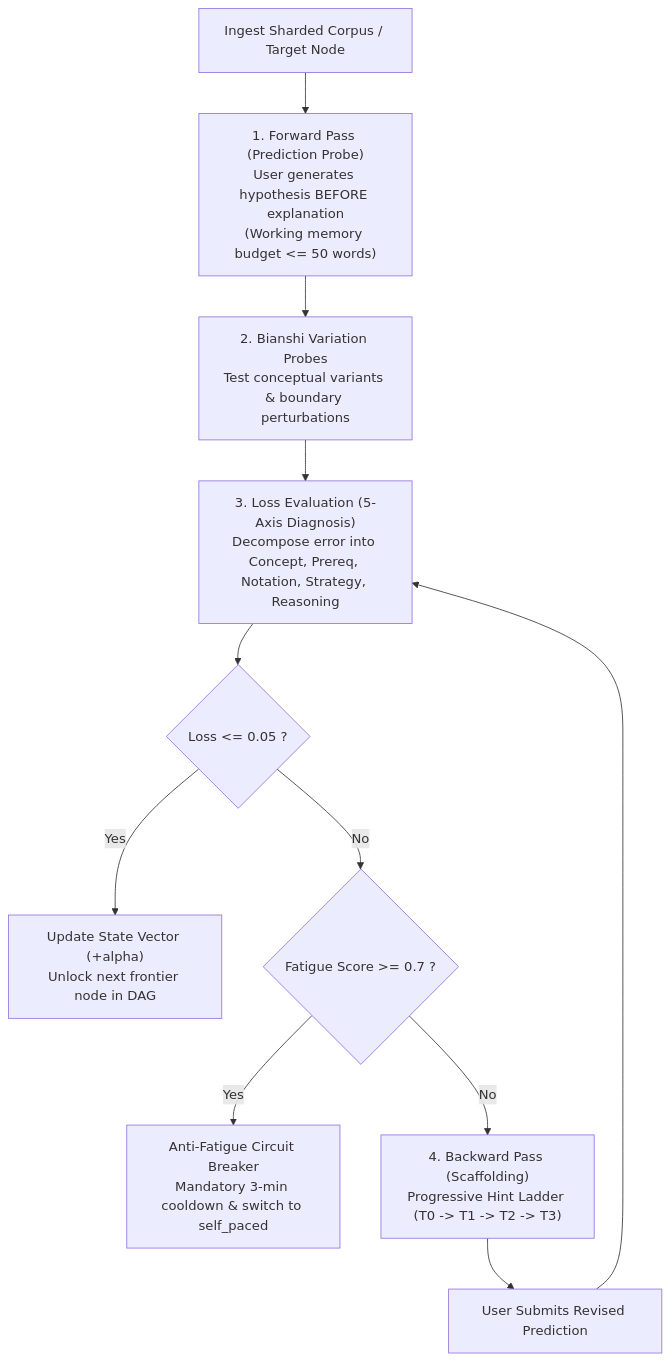
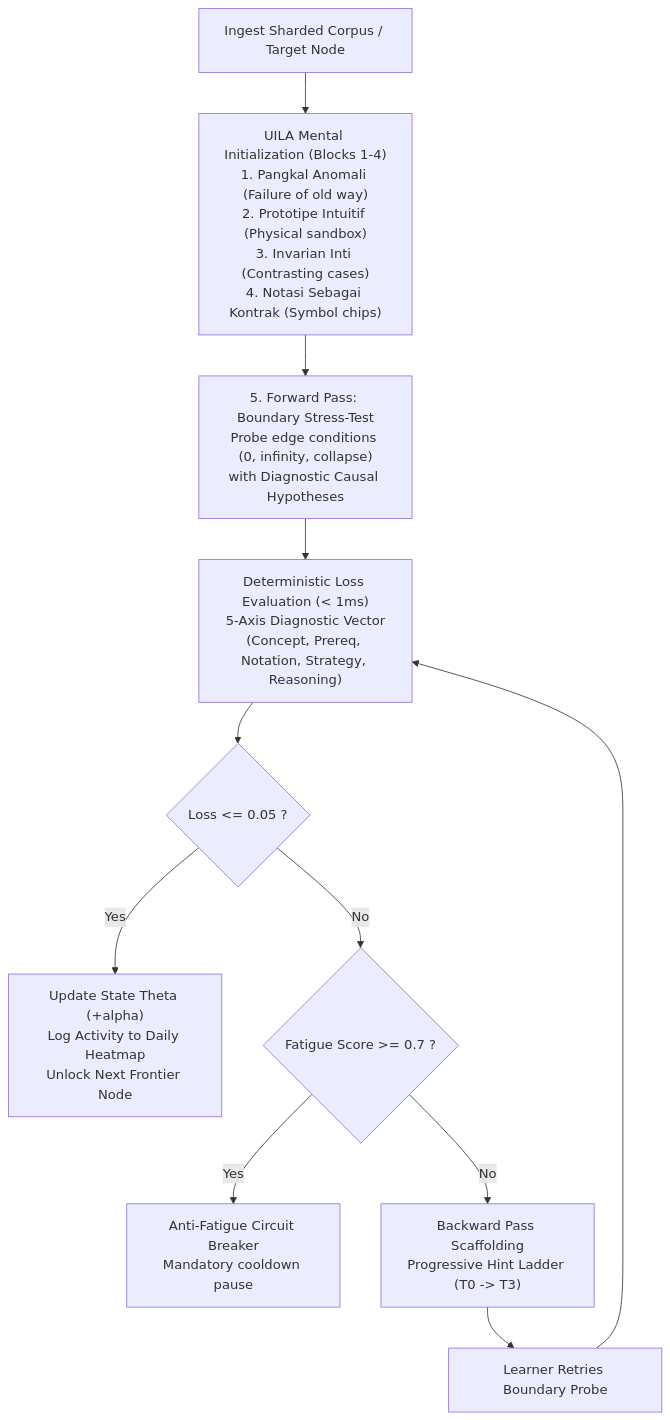
One commit to ihkaru/human-gradient-descent changed the diagram in SKILL.md. Above: the diagram before and after it, drawn with Mermaid. The commit also changed other lines of this file, not shown here.

Commit message:
docs(skill): enforce UILA grounding doctrine and author diagnostic checklist in SKILL.md

````diff
--- a/SKILL.md
+++ b/SKILL.md
@@ -23,13 +23,13 @@
 ```mermaid
 flowchart TD
-    Start["Ingest Sharded Corpus / Target Node"] --> FP["1. Forward Pass (Prediction Probe)\nUser generates hypothesis BEFORE explanation\n(Working memory budget <= 50 words)"]
-    FP --> BV["2. Bianshi Variation Probes\nTest conceptual variants & boundary perturbations"]
-    BV --> Eval["3. Loss Evaluation (5-Axis Diagnosis)\nDecompose error into Concept, Prereq, Notation, Strategy, Reasoning"]
+    Start["Ingest Sharded Corpus / Target Node"] --> UILA["UILA Mental Initialization (Blocks 1-4)\n1. Pangkal Anomali (Failure of old way)\n2. Prototipe Intuitif (Physical sandbox)\n3. Invarian Inti (Contrasting cases)\n4. Notasi Sebagai Kontrak (Symbol chips)"]
+    UILA --> FP["5. Forward Pass: Boundary Stress-Test\nProbe edge conditions (0, infinity, collapse)\nwith Diagnostic Causal Hypotheses"]
+    FP --> Eval["Deterministic Loss Evaluation (< 1ms)\n5-Axis Diagnostic Vector\n(Concept, Prereq, Notation, Strategy, Reasoning)"]
     Eval --> Check{"Loss <= 0.05 ?"}
-    Check -- Yes --> Update["Update State Vector (+alpha)\nUnlock next frontier node in DAG"]
+    Check -- Yes --> Update["Update State Theta (+alpha)\nLog Activity to Daily Heatmap\nUnlock Next Frontier Node"]
     Check -- No --> Safety{"Fatigue Score >= 0.7 ?"}
-    Safety -- Yes --> Cooldown["Anti-Fatigue Circuit Breaker\nMandatory 3-min cooldown & switch to self_paced"]
-    Safety -- No --> BP["4. Backward Pass (Scaffolding)\nProgressive Hint Ladder (T0 -> T1 -> T2 -> T3)"]
-    BP --> Retry["User Submits Revised Prediction"]
+    Safety -- Yes --> Cooldown["Anti-Fatigue Circuit Breaker\nMandatory cooldown pause"]
+    Safety -- No --> BP["Backward Pass Scaffolding\nProgressive Hint Ladder (T0 -> T3)"]
+    BP --> Retry["Learner Retries Boundary Probe"]
     Retry --> Eval
 ```
````
